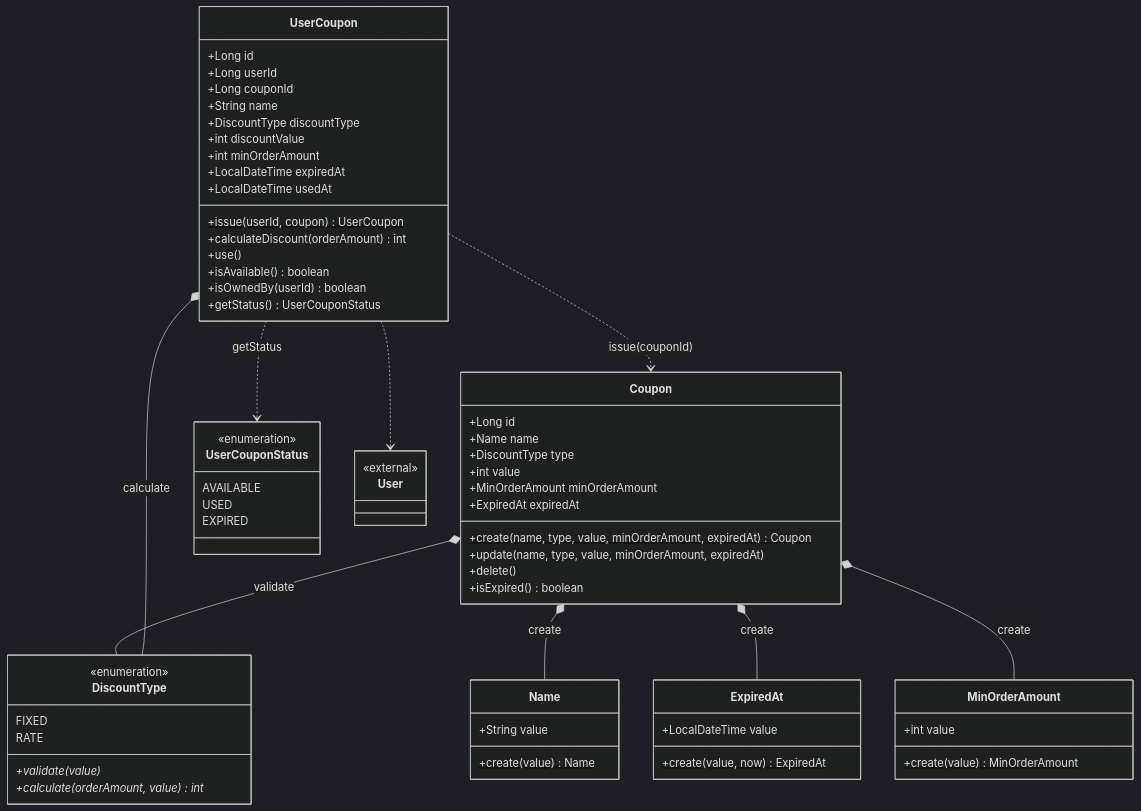
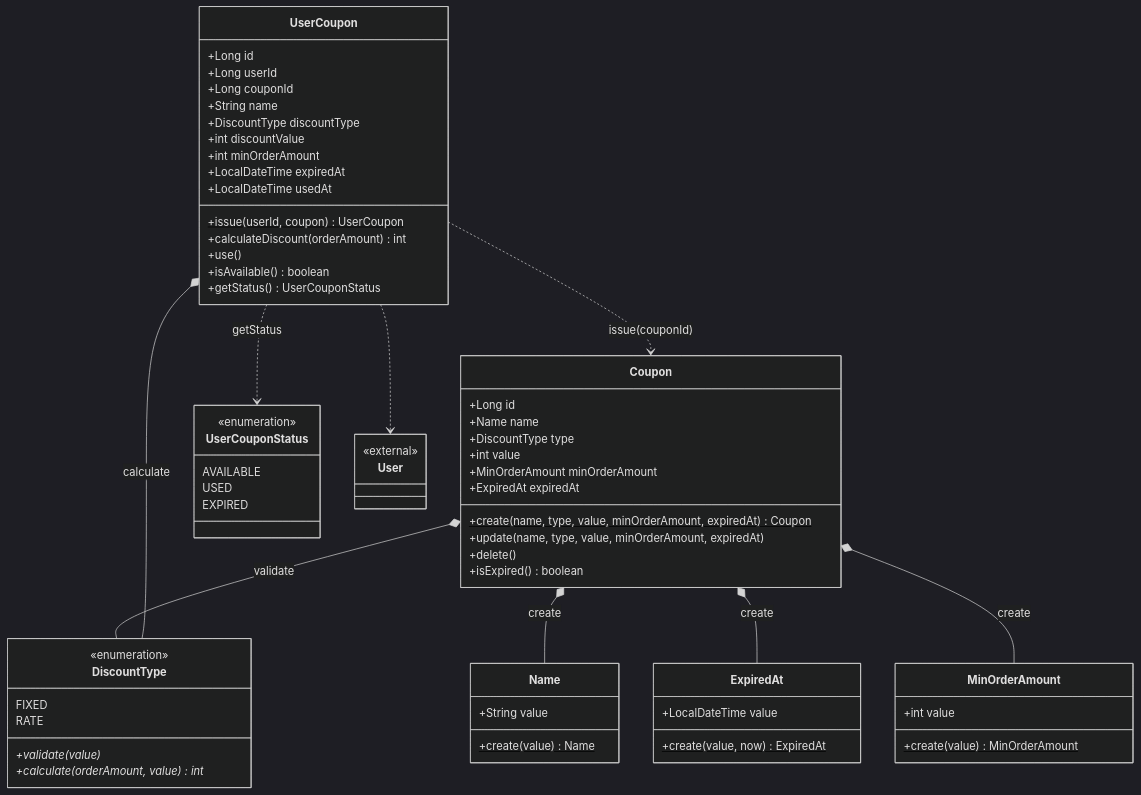
The second of 3 diagrams in docs/volume-4/03-class-diagram.md (loopers-labs/loop-pack-be-l2-vol4-java), drawn with Mermaid (dark theme) before and after one commit. The commit also changed other lines of this file and 11 other files, not shown here.

````diff
--- a/docs/volume-4/03-class-diagram.md
+++ b/docs/volume-4/03-class-diagram.md
@@ -121,69 +119,68 @@
 ```mermaid
 classDiagram
     class Coupon {
         +Long id
         +Name name
         +DiscountType type
         +int value
         +MinOrderAmount minOrderAmount
         +ExpiredAt expiredAt
         +create(name, type, value, minOrderAmount, expiredAt)$ Coupon
         +update(name, type, value, minOrderAmount, expiredAt)
         +delete()
         +isExpired() boolean
     }
     class UserCoupon {
         +Long id
         +Long userId
         +Long couponId
         +String name
         +DiscountType discountType
         +int discountValue
         +int minOrderAmount
         +LocalDateTime expiredAt
         +LocalDateTime usedAt
         +issue(userId, coupon)$ UserCoupon
         +calculateDiscount(orderAmount) int
         +use()
         +isAvailable() boolean
-        +isOwnedBy(userId) boolean
         +getStatus() UserCouponStatus
     }
     class Name {
         +String value
         +create(value)$ Name
     }
     class ExpiredAt {
         +LocalDateTime value
         +create(value, now)$ ExpiredAt
     }
     class MinOrderAmount {
         +int value
         +create(value)$ MinOrderAmount
     }
     class DiscountType {
         <<enumeration>>
         FIXED
         RATE
         +validate(value)*
         +calculate(orderAmount, value)* int
     }
     class UserCouponStatus {
         <<enumeration>>
         AVAILABLE
         USED
         EXPIRED
     }
     class User {
         <<external>>
     }
 
     Coupon *-- Name : create
     Coupon *-- ExpiredAt : create
     Coupon *-- MinOrderAmount : create
     Coupon *-- DiscountType : validate
     UserCoupon *-- DiscountType : calculate
     UserCoupon ..> UserCouponStatus : getStatus
     UserCoupon ..> Coupon : issue(couponId)
     UserCoupon ..> User
 ```
````
